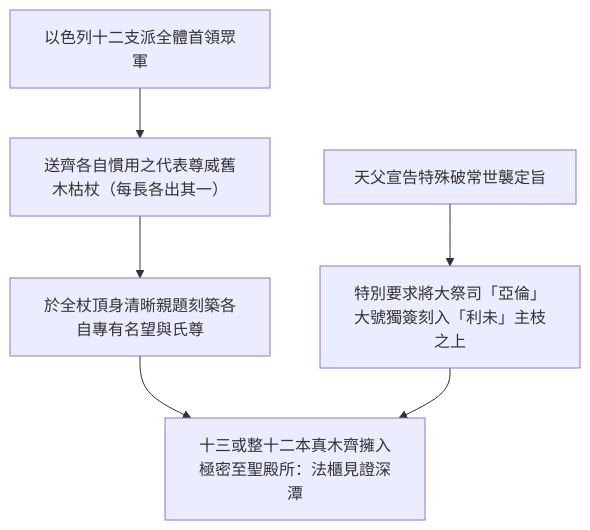
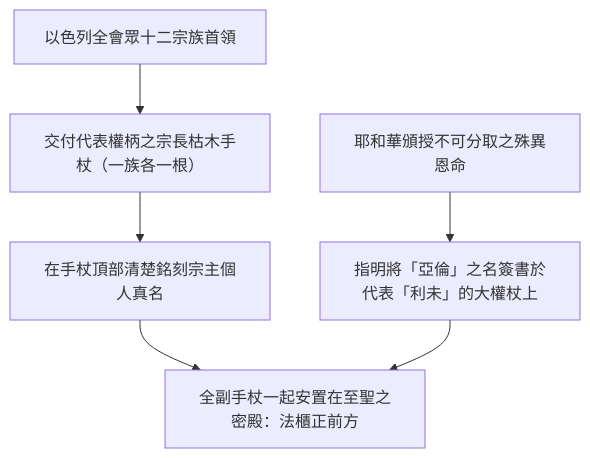
Before and after one commit to andyjr5566/Bible_wiki_zh: the first of 3 diagrams in 04 民數記/第17章.md, drawn with Mermaid. The commit also changed other lines of this file and 15 other files, not shown here.

````diff
--- a/04 民數記/第17章.md
+++ b/04 民數記/第17章.md
@@ -47,7 +47,7 @@
 ```mermaid
 flowchart TD
-    A["以色列十二支派全體首領眾軍"] --> B["送齊各自慣用之代表尊威舊木枯杖（每長各出其一）"]
-    B --> C["於全杖頂身清晰親題刻築各自專有名望與氏尊"]
-    D["天父宣告特殊破常世襲定旨"] --> E["特別要求將大祭司「亞倫」大號獨簽刻入「利未」主枝之上"]
-    C & E --> F["十三或整十二本真木齊擁入極密至聖殿所：法櫃見證深潭"]
+    A["以色列全會眾十二宗族首領"] --> B["交付代表權柄之宗長枯木手杖（一族各一根）"]
+    B --> C["在手杖頂部清楚銘刻宗主個人真名"]
+    D["耶和華頒授不可分取之殊異恩命"] --> E["指明將「亞倫」之名簽書於代表「利未」的大權杖上"]
+    C & E --> F["全副手杖一起安置在至聖之密殿：法櫃正前方"]
 ```
````
